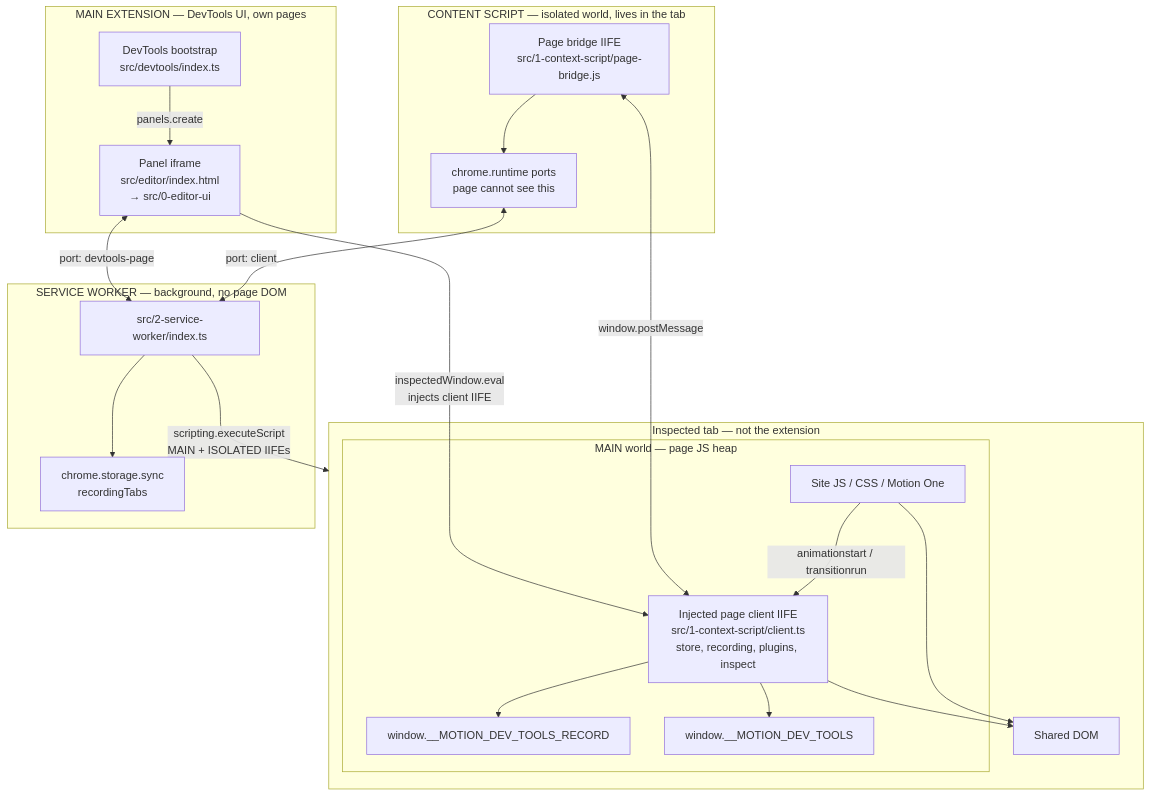
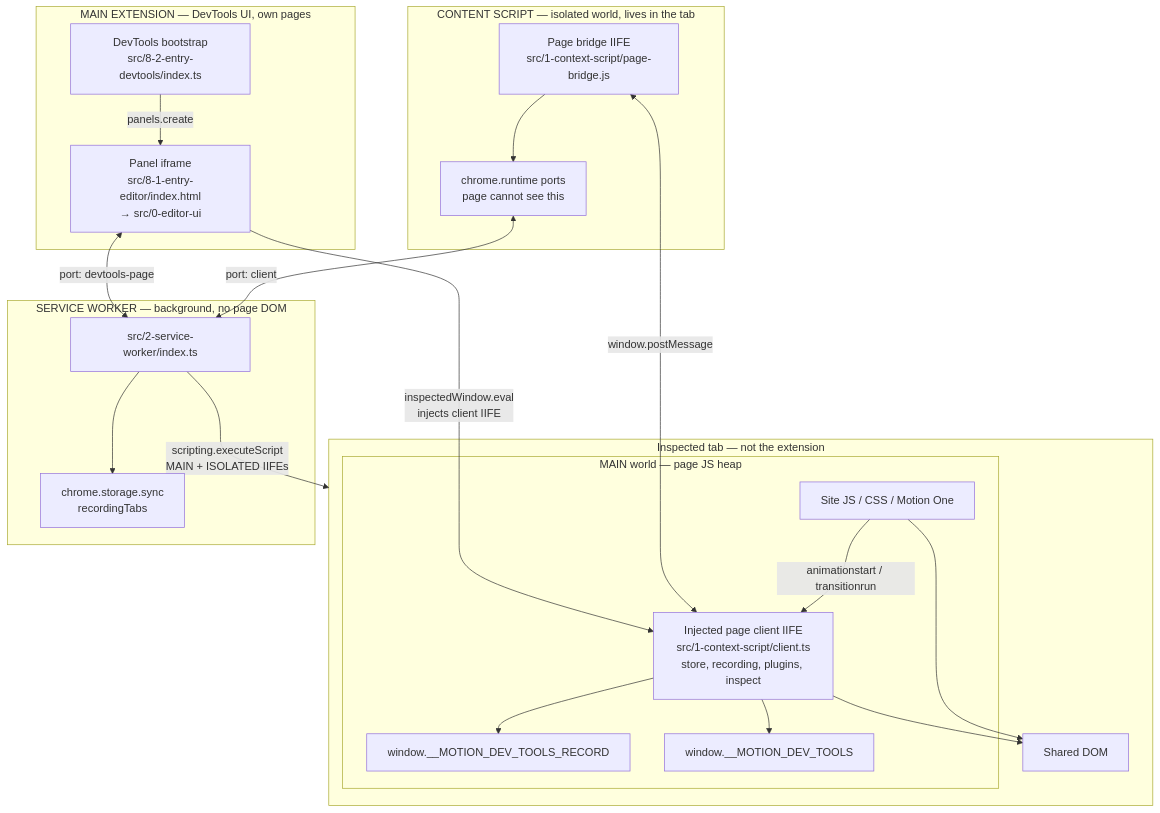
Before and after one commit to maxzz/transitions-chrome: the first of 3 diagrams in assets/docs/2026.09.12.26, 2, extension_worlds.md, drawn with Mermaid. The commit also changed other lines of this file and 27 other files, not shown here.

````diff
--- a/assets/docs/2026.09.12.26, 2, extension_worlds.md
+++ b/assets/docs/2026.09.12.26, 2, extension_worlds.md
@@ -9,41 +9,41 @@
 ```mermaid
 flowchart TB
   subgraph InspectedTab["Inspected tab — not the extension"]
     subgraph MainWorld["MAIN world — page JS heap"]
       SiteJS["Site JS / CSS / Motion One"]
       Client["Injected page client IIFE<br/>src/1-context-script/client.ts<br/>store, recording, plugins, inspect"]
       Hook["window.__MOTION_DEV_TOOLS_RECORD"]
       Flags["window.__MOTION_DEV_TOOLS"]
       SiteJS -->|"animationstart / transitionrun"| Client
       Client --> Hook
       Client --> Flags
     end
     DOM["Shared DOM"]
     SiteJS --> DOM
     Client --> DOM
   end
 
   subgraph ContentScript["CONTENT SCRIPT — isolated world, lives in the tab"]
     Bridge["Page bridge IIFE<br/>src/1-context-script/page-bridge.js"]
     IsolatedChrome["chrome.runtime ports<br/>page cannot see this"]
     Bridge --> IsolatedChrome
   end
 
   subgraph ServiceWorker["SERVICE WORKER — background, no page DOM"]
     SW["src/2-service-worker/index.ts"]
     Storage["chrome.storage.sync<br/>recordingTabs"]
     SW --> Storage
   end
 
   subgraph MainExtension["MAIN EXTENSION — DevTools UI, own pages"]
-    DT["DevTools bootstrap<br/>src/devtools/index.ts"]
-    Editor["Panel iframe<br/>src/editor/index.html<br/>→ src/0-editor-ui"]
+    DT["DevTools bootstrap<br/>src/8-2-entry-devtools/index.ts"]
+    Editor["Panel iframe<br/>src/8-1-entry-editor/index.html<br/>→ src/0-editor-ui"]
     DT -->|"panels.create"| Editor
   end
 
   Bridge <-->|"window.postMessage"| Client
   IsolatedChrome <-->|"port: client"| SW
   Editor <-->|"port: devtools-page"| SW
   Editor -->|"inspectedWindow.eval<br/>injects client IIFE"| Client
   SW -->|"scripting.executeScript<br/>MAIN + ISOLATED IIFEs"| InspectedTab
 ```
````
